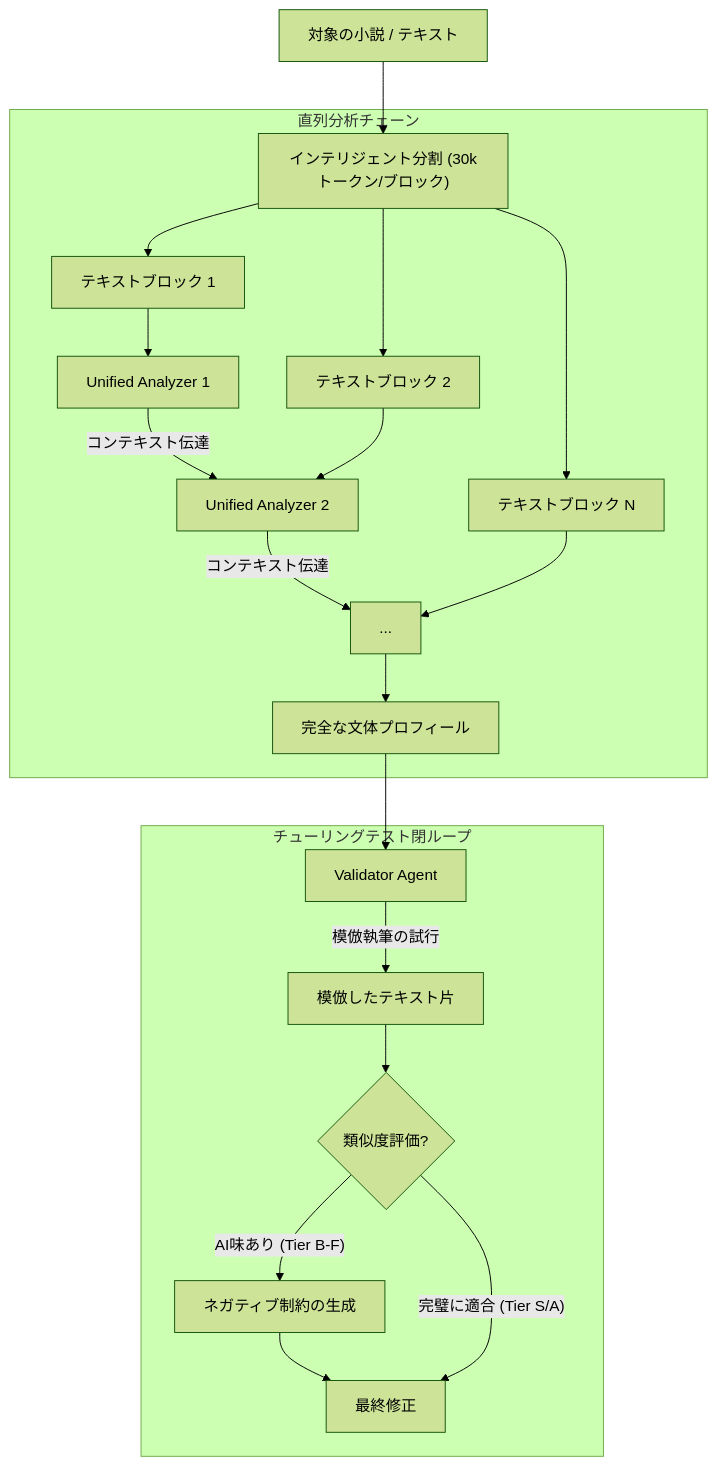
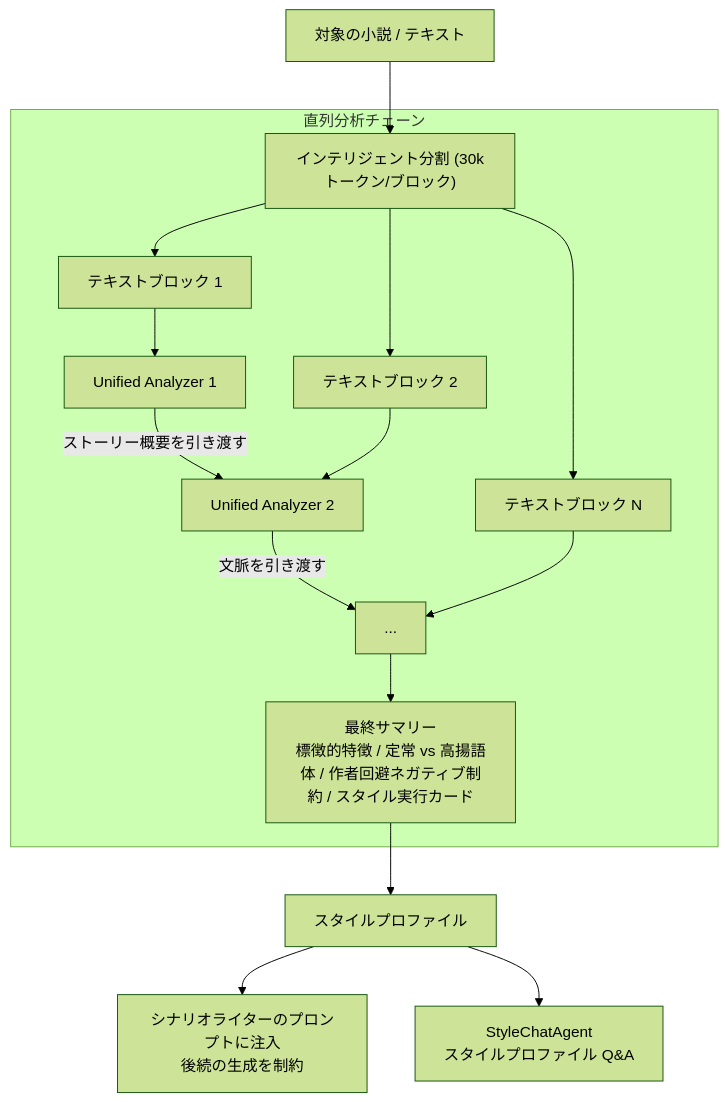
One commit to letmeow/spark-arc-studio changed the third of 5 diagrams in README.ja.md. Above: the diagram before and after it, drawn with Mermaid (forest theme). The commit also changed other lines of this file and 14 other files, not shown here.

Commit message:
🛠️修复：架构文档与注册表注释中的国际化解析函数与流式事件路径引用失效问题 ♻️重构：移动端工作流步骤导航，由底部横排通栏重构为右侧垂直极简悬浮导轨并精简标签文字 ⏫优化：移动端步骤卡片纵向空间利用率，配合导航侧移缩减卡片底部预留安全衬距 ⏫优化：四语主文档工程全貌与功能演进，同步多智能体自主流水线定位及最新交付资产特性 ⏫优化：风格克隆与故事图谱技术文档，校准统一串行分析工作流与智能体工具绑定现状 ⏫优化：法律合规索引与多平台部署说明，补全韩语服务条款条目并理清流水线移植指引 ⏫优化：版本管理忽略规则，将视频渲染输出目录追加至本地忽略配置清单

````diff
--- a/README.ja.md
+++ b/README.ja.md
@@ -473,29 +483,22 @@
 ```mermaid
 graph TD
     Input[対象の小説 / テキスト] --> Chunker["インテリジェント分割 (30kトークン/ブロック)"]
-    
+
     subgraph "直列分析チェーン"
         Chunker --> Block1[テキストブロック 1]
         Block1 --> Analyzer1[Unified Analyzer 1]
-        Analyzer1 -- "コンテキスト伝達" --> Analyzer2[Unified Analyzer 2]
-        
+        Analyzer1 -- "ストーリー概要を引き渡す" --> Analyzer2[Unified Analyzer 2]
+
         Chunker --> Block2[テキストブロック 2]
         Block2 --> Analyzer2
-        Analyzer2 -- "コンテキスト伝達" --> AnalyzerN[...]
-        
+        Analyzer2 -- "文脈を引き渡す" --> AnalyzerN[...]
+
         Chunker --> BlockN[テキストブロック N]
         BlockN --> AnalyzerN
-        AnalyzerN --> FinalProfile[完全な文体プロフィール]
+        AnalyzerN --> Synthesis["最終サマリー<br/>標徴的特徴 / 定常 vs 高揚語体 / 作者回避ネガティブ制約 / スタイル実行カード"]
     end
-    
-    subgraph "チューリングテスト閉ループ"
-        FinalProfile --> Validator[Validator Agent]
-        Validator -- "模倣執筆の試行" --> MimicText[模倣したテキスト片]
-        MimicText --> Evaluator{類似度評価?}
-        
-        Evaluator -- "AI味あり (Tier B-F)" --> Refine[ネガティブ制約の生成]
-        Refine --> Finalizer[最終修正]
-        
-        Evaluator -- "完璧に適合 (Tier S/A)" --> Finalizer
-    end
+
+    Synthesis --> FinalProfile[スタイルプロファイル]
+    FinalProfile --> Injection["シナリオライターのプロンプトに注入<br/>後続の生成を制約"]
+    FinalProfile --> StyleChat["StyleChatAgent<br/>スタイルプロファイル Q&A"]
 ```
````
